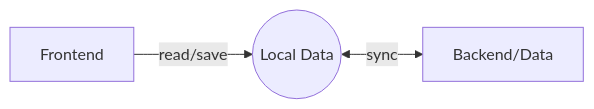
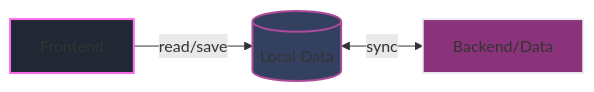
Before and after one commit to alexanderop/slides: the fourth of 7 diagrams in localFirstVue/slides.md, drawn with Mermaid. The commit also changed other lines of this file and 1 other file, not shown here.

Commit message:
Enhance Local-First slides with detailed sync engine overview and use case analysis

````diff
--- a/localFirstVue/slides.md
+++ b/localFirstVue/slides.md
@@ -352,9 +356,13 @@
 ```mermaid
 graph LR
-    F[Frontend]
-    L((Local Data))
-    B[Backend/Data]
+    F[Frontend]:::client
+    L[(Local Data)]:::local
+    B[Backend/Data]:::server
     
     F -->|read/save| L
     L <-->|sync| B
+
+    classDef client fill:#212733,stroke:#FF6BED,stroke-width:2px
+    classDef local fill:#344060,stroke:#AB4B99,stroke-width:2px
+    classDef server fill:#8A337B,stroke:#EAEDF3,stroke-width:2px
 ```
````
